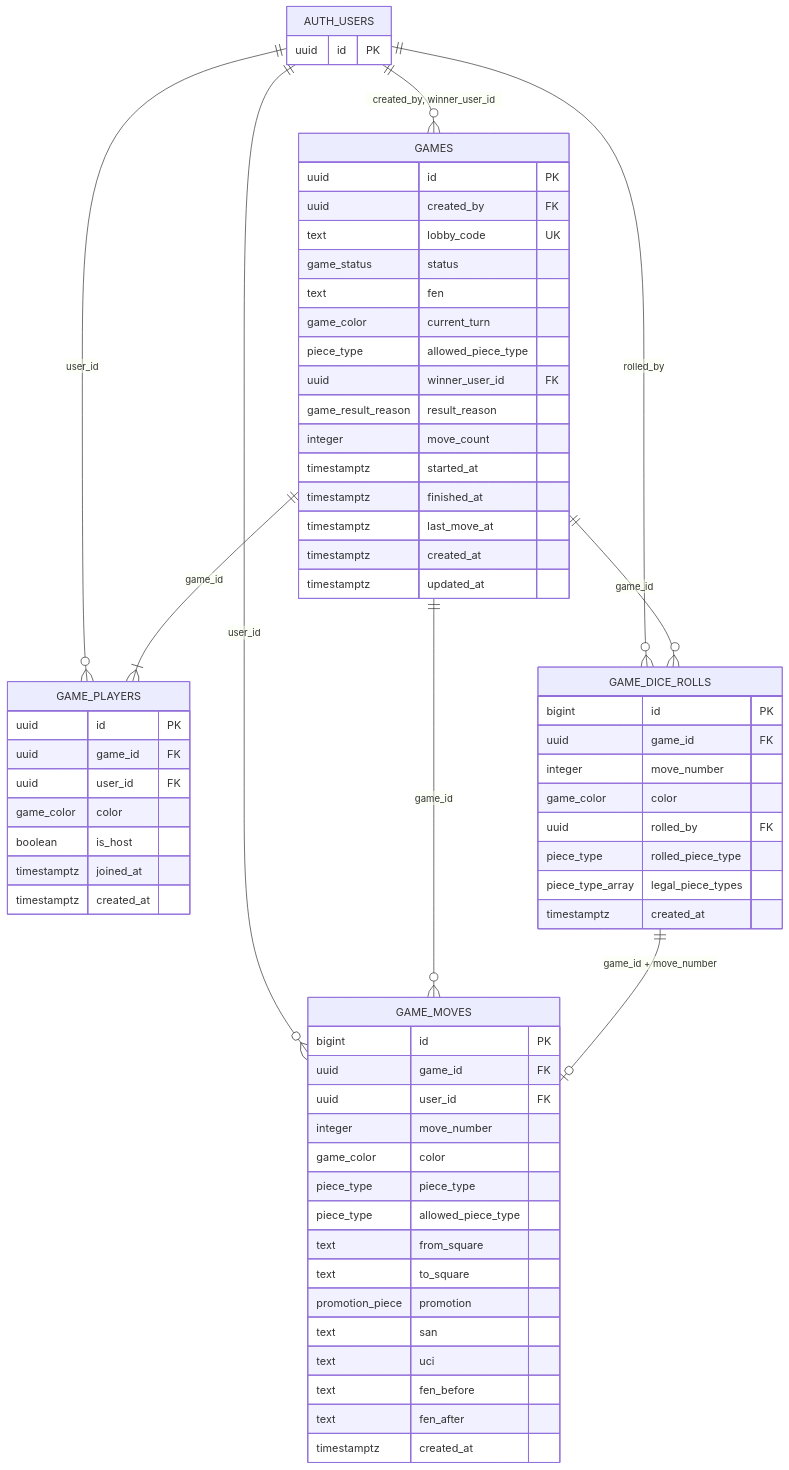
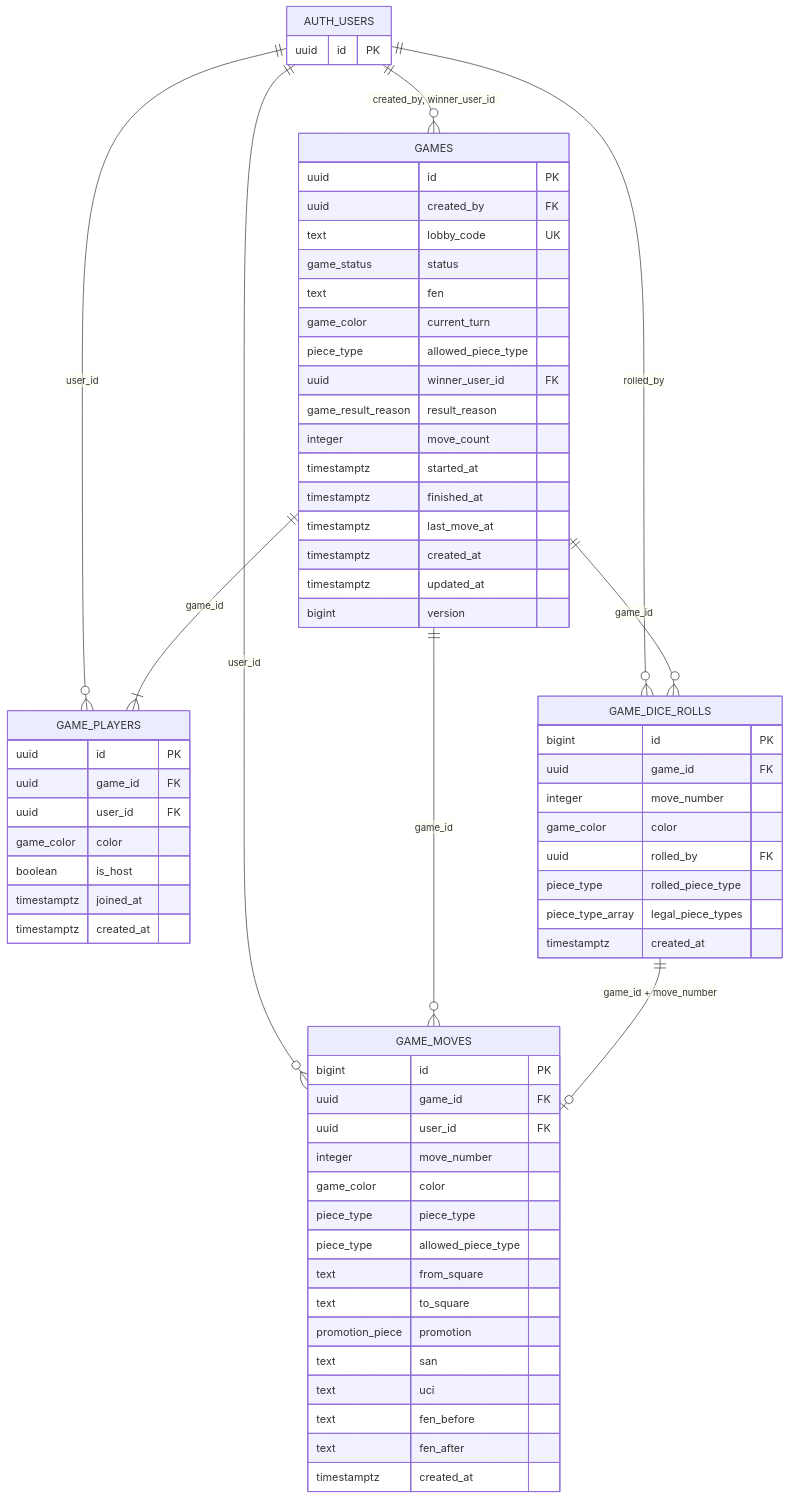
One commit to zarlixq/satranc changed the diagram in db/SCHEMA.md. Above: the diagram before and after it, drawn with Mermaid. The commit also changed other lines of this file and 5 other files, not shown here.

````diff
--- a/db/SCHEMA.md
+++ b/db/SCHEMA.md
@@ -7,68 +7,69 @@
 ```mermaid
 erDiagram
     AUTH_USERS ||--o{ GAMES : "created_by, winner_user_id"
     AUTH_USERS ||--o{ GAME_PLAYERS : "user_id"
     AUTH_USERS ||--o{ GAME_MOVES : "user_id"
     AUTH_USERS ||--o{ GAME_DICE_ROLLS : "rolled_by"
     GAMES ||--|{ GAME_PLAYERS : "game_id"
     GAMES ||--o{ GAME_DICE_ROLLS : "game_id"
     GAMES ||--o{ GAME_MOVES : "game_id"
     GAME_DICE_ROLLS ||--o| GAME_MOVES : "game_id + move_number"
 
     AUTH_USERS {
         uuid id PK
     }
     GAMES {
         uuid id PK
         uuid created_by FK
         text lobby_code UK
         game_status status
         text fen
         game_color current_turn
         piece_type allowed_piece_type
         uuid winner_user_id FK
         game_result_reason result_reason
         integer move_count
         timestamptz started_at
         timestamptz finished_at
         timestamptz last_move_at
         timestamptz created_at
         timestamptz updated_at
+        bigint version
     }
     GAME_PLAYERS {
         uuid id PK
         uuid game_id FK
         uuid user_id FK
         game_color color
         boolean is_host
         timestamptz joined_at
         timestamptz created_at
     }
     GAME_DICE_ROLLS {
         bigint id PK
         uuid game_id FK
         integer move_number
         game_color color
         uuid rolled_by FK
         piece_type rolled_piece_type
         piece_type_array legal_piece_types
         timestamptz created_at
     }
     GAME_MOVES {
         bigint id PK
         uuid game_id FK
         uuid user_id FK
         integer move_number
         game_color color
         piece_type piece_type
         piece_type allowed_piece_type
         text from_square
         text to_square
         promotion_piece promotion
         text san
         text uci
         text fen_before
         text fen_after
         timestamptz created_at
     }
 ```
````
